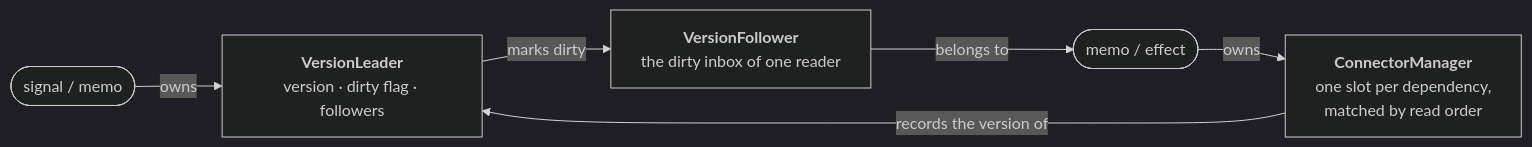
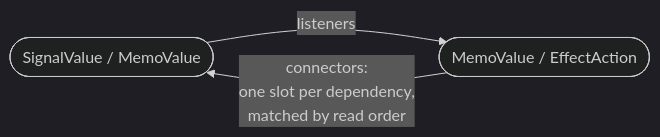
Before and after one commit to Lenic/signal-engine: the first of 2 diagrams in README.md, drawn with Mermaid (dark theme). The commit also changed other lines of this file and 57 other files, not shown here.

````diff
--- a/README.md
+++ b/README.md
@@ -216,8 +250,5 @@
 ```mermaid
 flowchart LR
-    S(["signal / memo"]) -->|owns| L["<b>VersionLeader</b><br>version · dirty flag · followers"]
-    L -->|"marks dirty"| F["<b>VersionFollower</b><br>the dirty inbox of one reader"]
-    F -->|belongs to| R(["memo / effect"])
-    R -->|owns| C["<b>ConnectorManager</b><br>one slot per dependency,<br>matched by read order"]
-    C -->|"records the version of"| L
+    S(["SignalValue / MemoValue"]) -->|"listeners"| R(["MemoValue / EffectAction"])
+    R -->|"connectors:<br>one slot per dependency,<br>matched by read order"| S
 ```
````
